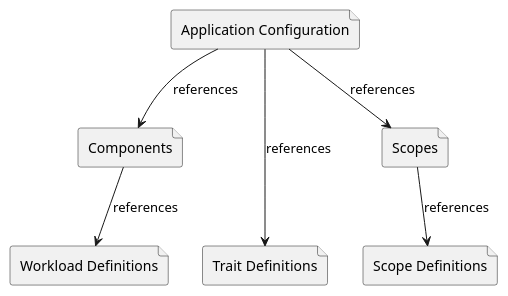
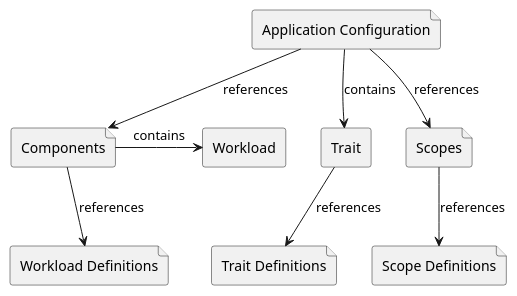
The diagram in content/en/docs/applications/oam-app.puml (verrazzano/docs), drawn with PlantUML before and after one commit. The commit also changed 4 other files, not shown here.

Commit message:
VZ-2766: [TOI] Create OAM content. Add concepts diagram.

```diff
--- a/content/en/docs/applications/oam-app.puml
+++ b/content/en/docs/applications/oam-app.puml
@@ -1,20 +1,25 @@
 @startuml
 
 file "Application Configuration" as a
+rectangle "Trait" as t
 file "Components" as c
 file "Scopes" as s
+rectangle "Workload" as w
 file "Workload Definitions" as wd
 file "Trait Definitions" as td
 file "Scope Definitions" as sd
 
 c -d-> wd: references
+c -r-> w: contains
 s -d-> sd: references
 
+a --> t: contains
 a -d-> c: references
-a -d-> td: references
 a -d-> s: references
+
+t -d-> td: references
 
 wd -[hidden]r-> td
 td -[hidden]r-> sd
 
 @enduml
```
